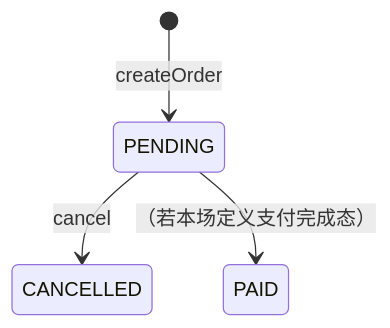
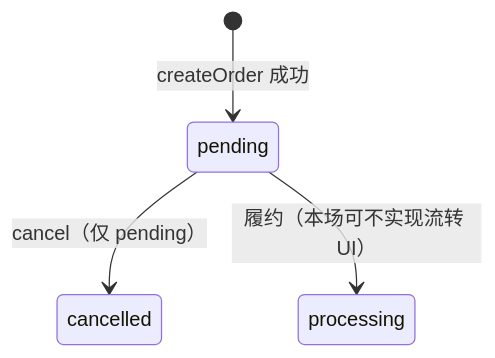
Before and after one commit to simonhehe/market_workshop: the diagram in workshop/product/PRD-order-checkout.md, drawn with Mermaid. The commit also changed other lines of this file and 8 other files, not shown here.

````diff
--- a/workshop/product/PRD-order-checkout.md
+++ b/workshop/product/PRD-order-checkout.md
@@ -29,6 +30,6 @@
 ```mermaid
 stateDiagram-v2
-  [*] --> PENDING: createOrder
-  PENDING --> CANCELLED: cancel
-  PENDING --> PAID: （若本场定义支付完成态）
+  [*] --> pending: createOrder 成功
+  pending --> cancelled: cancel（仅 pending）
+  pending --> processing: 履约（本场可不实现流转 UI）
 ```
````
